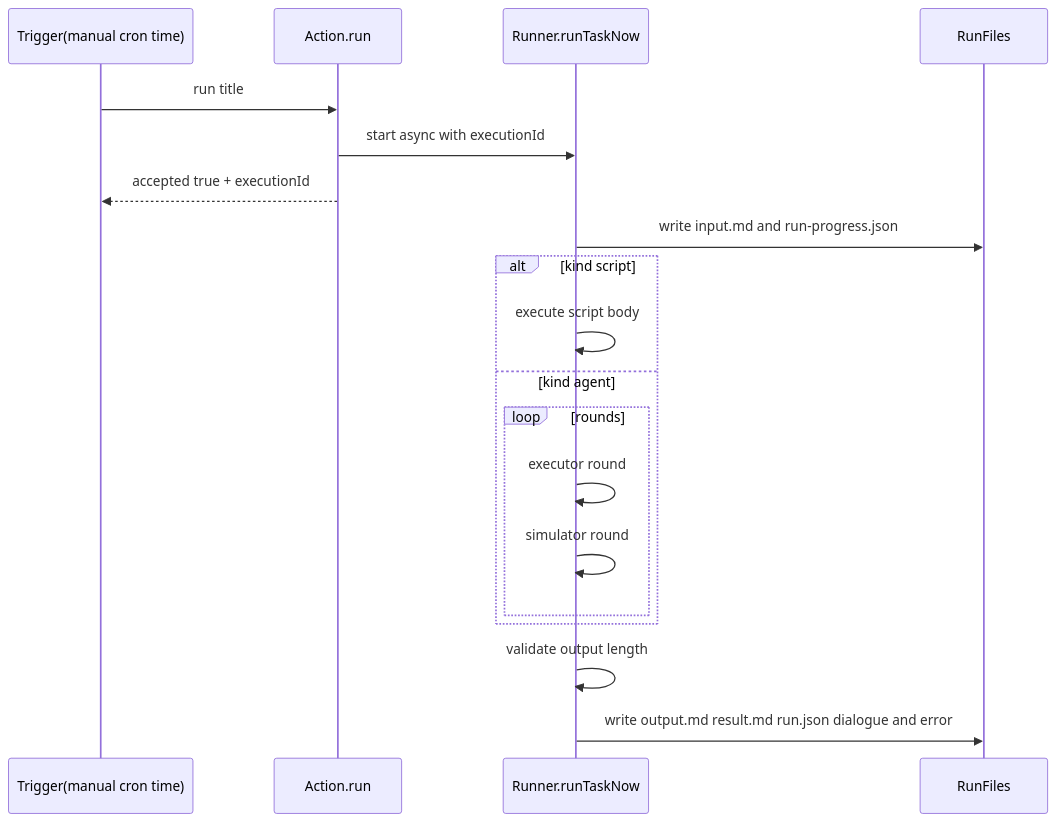
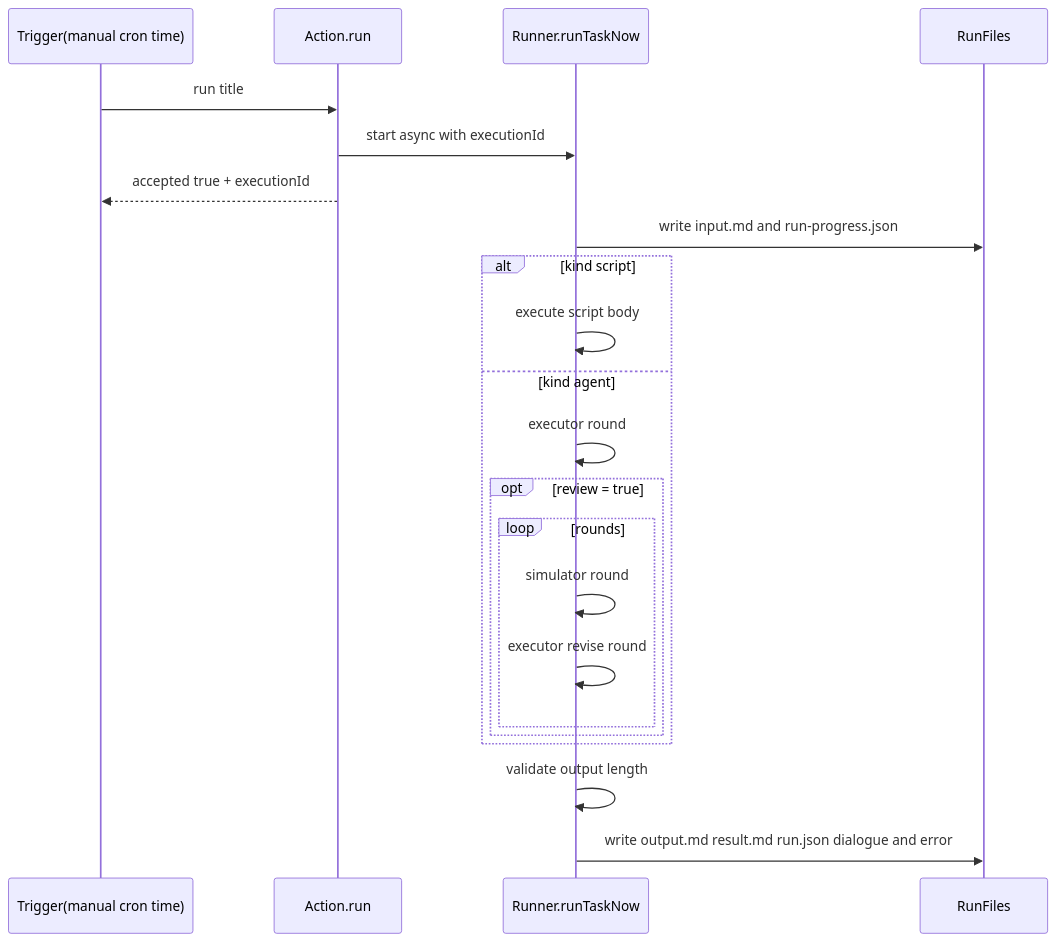
The diagram in homepage/content/docs/en/services/task/execution-and-validation-flow.mdx (wangenius/downcity), drawn with Mermaid before and after one commit. The commit also changed other lines of this file and 18 other files, not shown here.

````diff
--- a/homepage/content/docs/en/services/task/execution-and-validation-flow.mdx
+++ b/homepage/content/docs/en/services/task/execution-and-validation-flow.mdx
@@ -27,23 +50,26 @@
 ```mermaid
 sequenceDiagram
   participant T as Trigger(manual cron time)
   participant A as Action.run
   participant R as Runner.runTaskNow
   participant F as RunFiles
 
   T->>A: run title
   A->>R: start async with executionId
   A-->>T: accepted true + executionId
 
   R->>F: write input.md and run-progress.json
   alt kind script
     R->>R: execute script body
   else kind agent
-    loop rounds
-      R->>R: executor round
-      R->>R: simulator round
+    R->>R: executor round
+    opt review = true
+      loop rounds
+        R->>R: simulator round
+        R->>R: executor revise round
+      end
     end
   end
   R->>R: validate output length
   R->>F: write output.md result.md run.json dialogue and error
 ```
````
